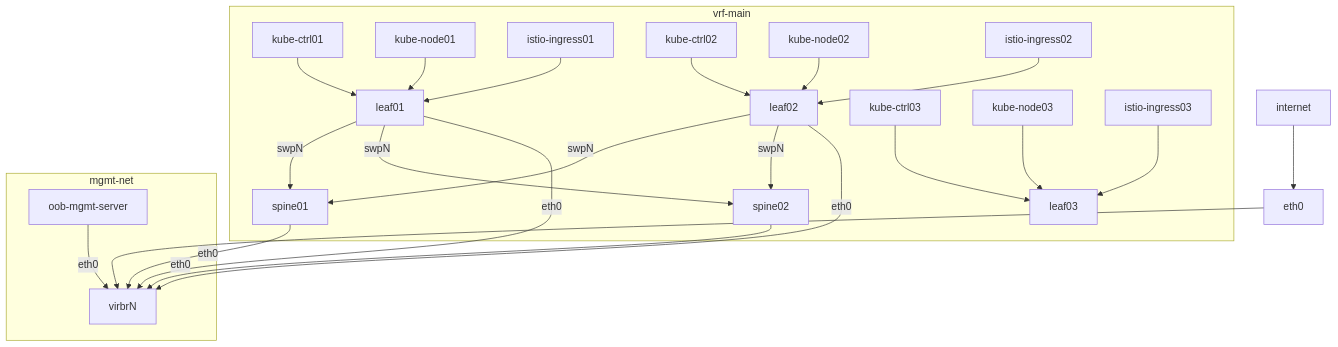
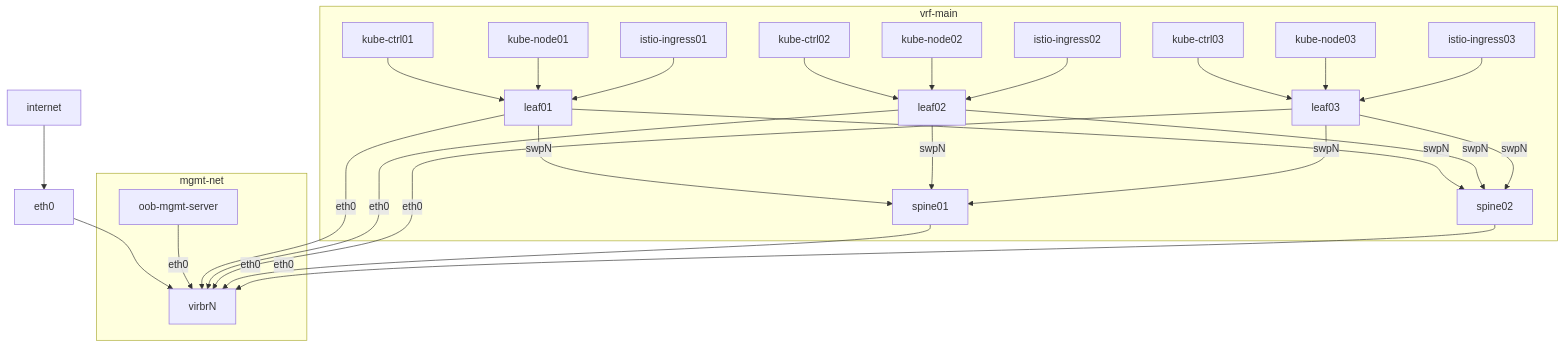
One commit to lukassup/libvirt-istiolab-tf changed the diagram in README.md. Above: the diagram before and after it, drawn with Mermaid.

Commit message:
docs: add leaf03

````diff
--- a/README.md
+++ b/README.md
@@ -5,20 +5,20 @@
 ```mermaid
 graph TD;
     internet --> eth0;
     eth0 --> virbrN;
     subgraph vrf-main
-      leaf01 & leaf02 -->|swpN| spine01 & spine02;
+      leaf01 & leaf02 & leaf03 -->|swpN| spine01 & spine02;
       kube-ctrl01 --> leaf01;
       kube-node01 --> leaf01;
       istio-ingress01 --> leaf01;
       kube-ctrl02 --> leaf02;
       kube-node02 --> leaf02;
       istio-ingress02 --> leaf02;
       kube-ctrl03 --> leaf03;
       kube-node03 --> leaf03;
       istio-ingress03 --> leaf03;
     end
     subgraph mgmt-net
-      oob-mgmt-server & leaf01 & leaf02 & spine01 & spine02 -->|eth0| virbrN;
+      oob-mgmt-server & leaf01 & leaf02 & leaf03 & spine01 & spine02 -->|eth0| virbrN;
     end
 ```
````
